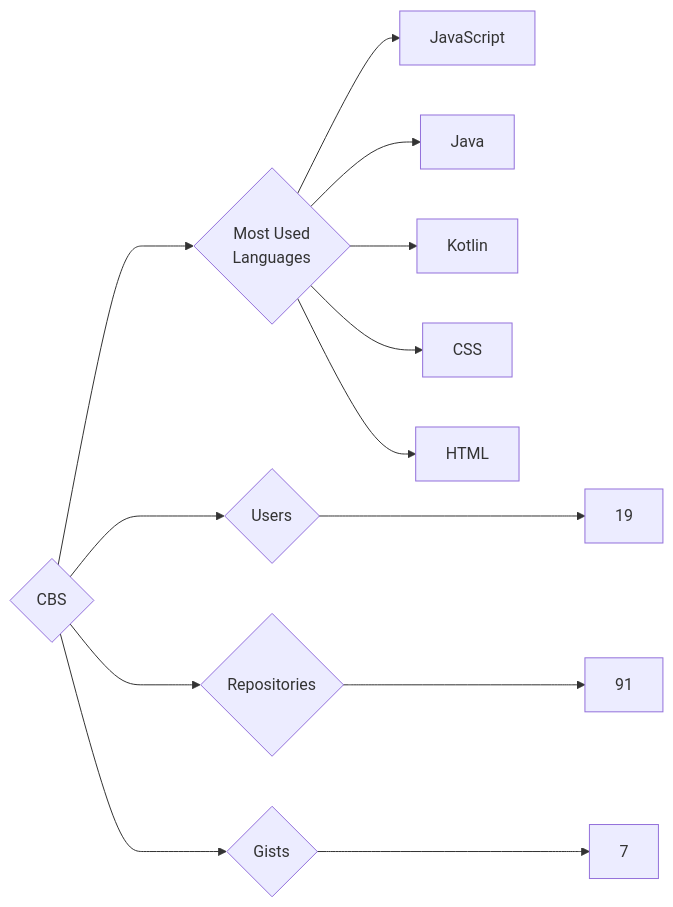
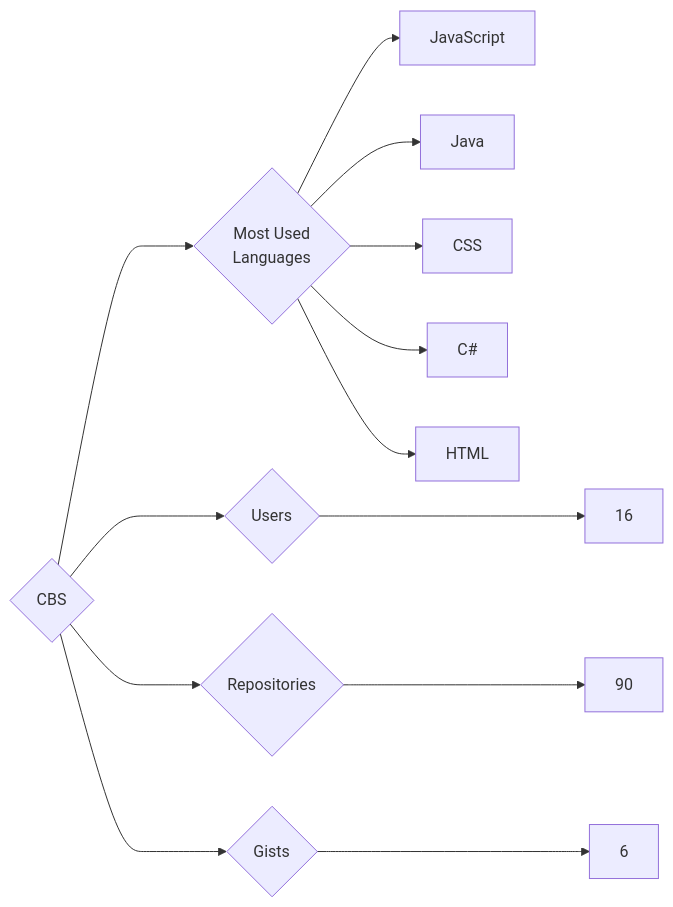
One commit to trickest/insiders changed the diagram in targets/CBS/README.md. Above: the diagram before and after it, drawn with Mermaid. The commit also changed 927 other files, not shown here.

````diff
--- a/targets/CBS/README.md
+++ b/targets/CBS/README.md
@@ -3,13 +3,13 @@
 ```mermaid
 graph LR
 COMPANY_NAME{CBS}
-COMPANY_NAME ---> U{Users} ---> UN[19]
-COMPANY_NAME ---> R{Repositories} ---> RN[91]
-COMPANY_NAME ---> G{Gists} ---> GN[7]
+COMPANY_NAME ---> U{Users} ---> UN[16]
+COMPANY_NAME ---> R{Repositories} ---> RN[90]
+COMPANY_NAME ---> G{Gists} ---> GN[6]
 COMPANY_NAME ---> ML{Most Used<br>Languages}
 ML --> JavaScript[JavaScript]
 ML --> Java[Java]
-ML --> Kotlin[Kotlin]
 ML --> CSS[CSS]
+ML --> C#[C#]
 ML --> HTML[HTML]
 ```
````
